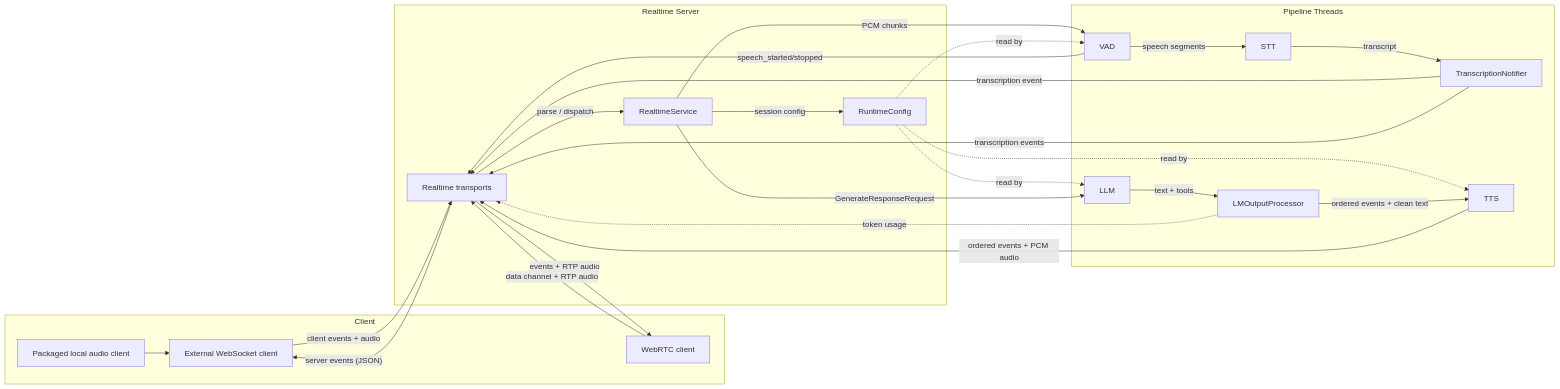
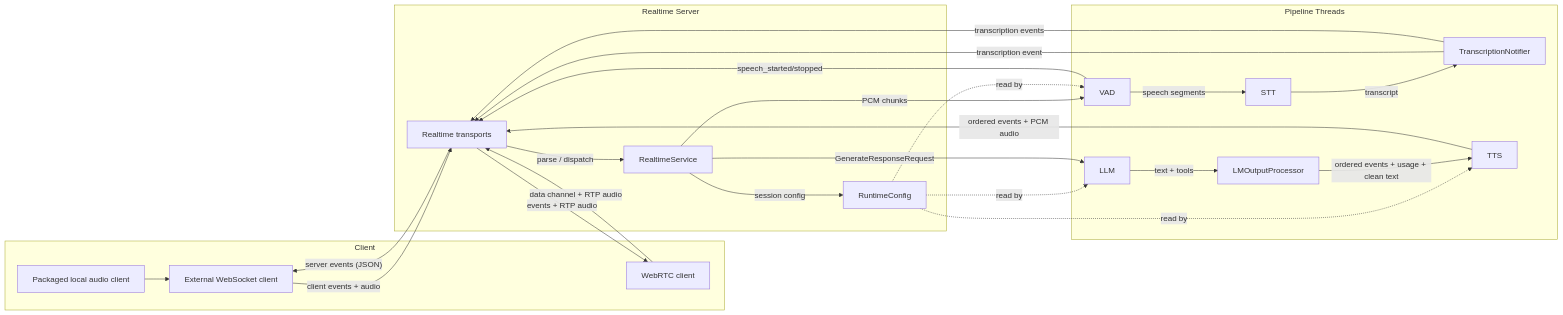
One commit to JavidAAA/Convert_Speech changed the first of 2 diagrams in src/speech_to_speech/api/openai_realtime/README.md. Above: the diagram before and after it, drawn with Mermaid. The commit also changed other lines of this file and 16 other files, not shown here.

````diff
--- a/src/speech_to_speech/api/openai_realtime/README.md
+++ b/src/speech_to_speech/api/openai_realtime/README.md
@@ -7,43 +7,42 @@
 ```mermaid
 flowchart LR
     subgraph client [Client]
         Local["Packaged local audio client"]
         WS["External WebSocket client"]
         RTC["WebRTC client"]
     end
 
     subgraph server [Realtime Server]
         Router["Realtime transports"]
         Service["RealtimeService"]
         Config["RuntimeConfig"]
     end
 
     subgraph pipeline [Pipeline Threads]
         VAD["VAD"]
         STT["STT"]
         TN["TranscriptionNotifier"]
         LLM["LLM"]
         Proc["LMOutputProcessor"]
         TTS["TTS"]
     end
 
     Local --> WS
     WS -- "client events + audio" --> Router
     RTC -- "data channel + RTP audio" --> Router
     Router -- "parse / dispatch" --> Service
     Service -- "PCM chunks" --> VAD
     Service -- "session config" --> Config
     Config -. "read by" .-> VAD & LLM & TTS
     VAD -- "speech segments" --> STT
     STT -- "transcript" --> TN
     TN -- "transcription event" --> Router
     Service -- "GenerateResponseRequest" --> LLM
     LLM -- "text + tools" --> Proc
-    Proc -- "ordered events + clean text" --> TTS
-    Proc -. "token usage" .-> Router
+    Proc -- "ordered events + usage + clean text" --> TTS
     TTS -- "ordered events + PCM audio" --> Router
     VAD -- "speech_started/stopped" --> Router
     TN -- "transcription events" --> Router
     Router -- "server events (JSON)" --> WS
     Router -- "events + RTP audio" --> RTC
 ```
````
